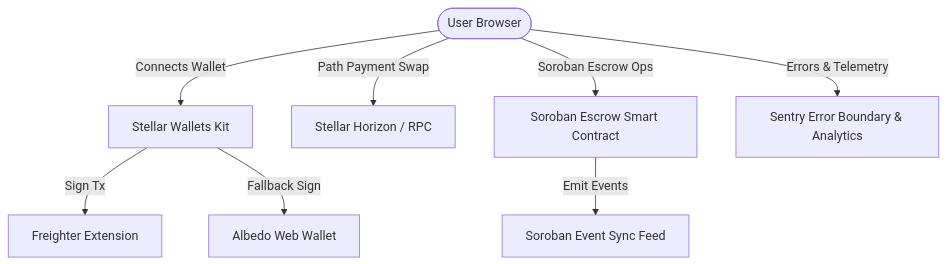
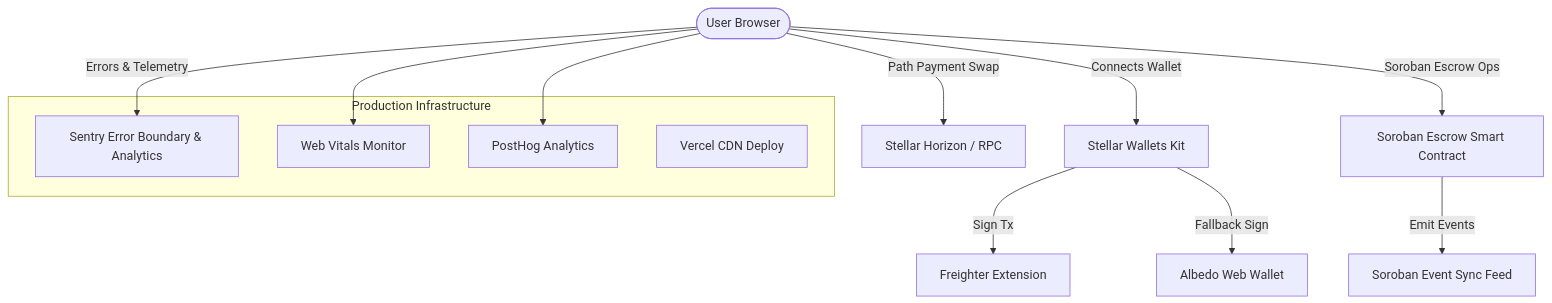
Before and after one commit to ps910/StellarSwap-Pro: the diagram in README.md, drawn with Mermaid. The commit also changed other lines of this file, not shown here.

````diff
--- a/README.md
+++ b/README.md
@@ -24,13 +32,23 @@
 ```mermaid
 graph TD
     User([User Browser]) -->|Connects Wallet| WalletKit[Stellar Wallets Kit]
     WalletKit -->|Sign Tx| Freighter[Freighter Extension]
     WalletKit -->|Fallback Sign| Albedo[Albedo Web Wallet]
     
     User -->|Path Payment Swap| PathDEX[Stellar Horizon / RPC]
     User -->|Soroban Escrow Ops| EscrowContract[Soroban Escrow Smart Contract]
     
     EscrowContract -->|Emit Events| EventFeed[Soroban Event Sync Feed]
     
     User -->|Errors & Telemetry| Sentry[Sentry Error Boundary & Analytics]
+    
+    subgraph Production Infrastructure
+        Sentry
+        WebVitals[Web Vitals Monitor]
+        Analytics[PostHog Analytics]
+        Vercel[Vercel CDN Deploy]
+    end
+    
+    User --> WebVitals
+    User --> Analytics
 ```
````
